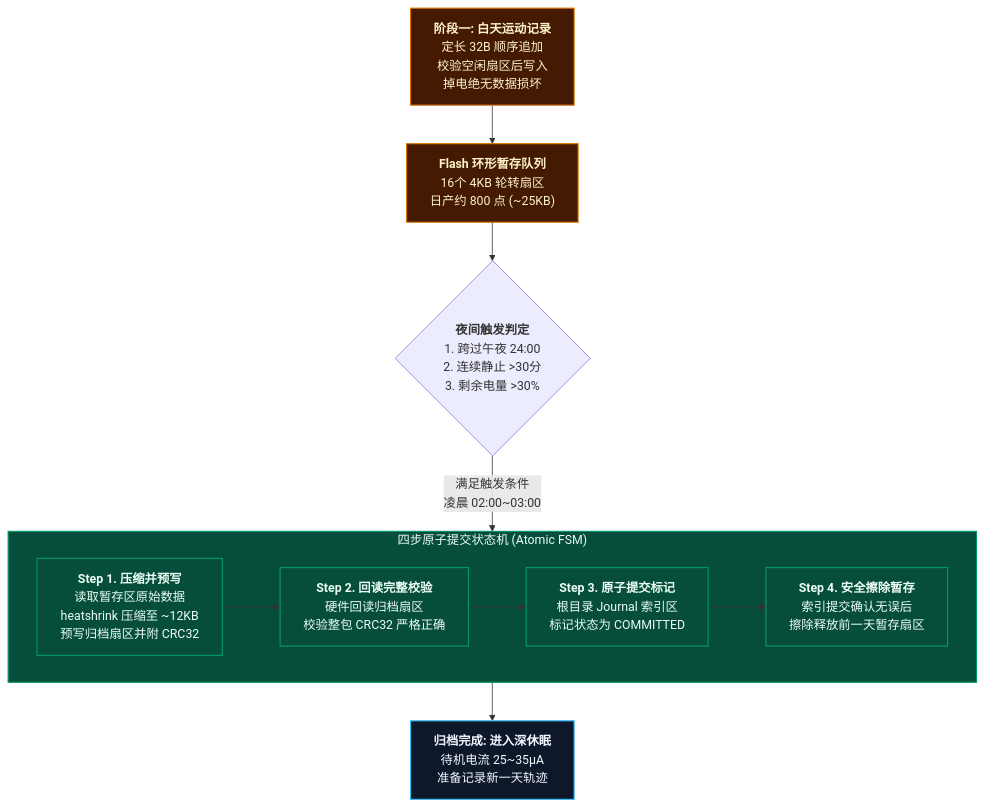
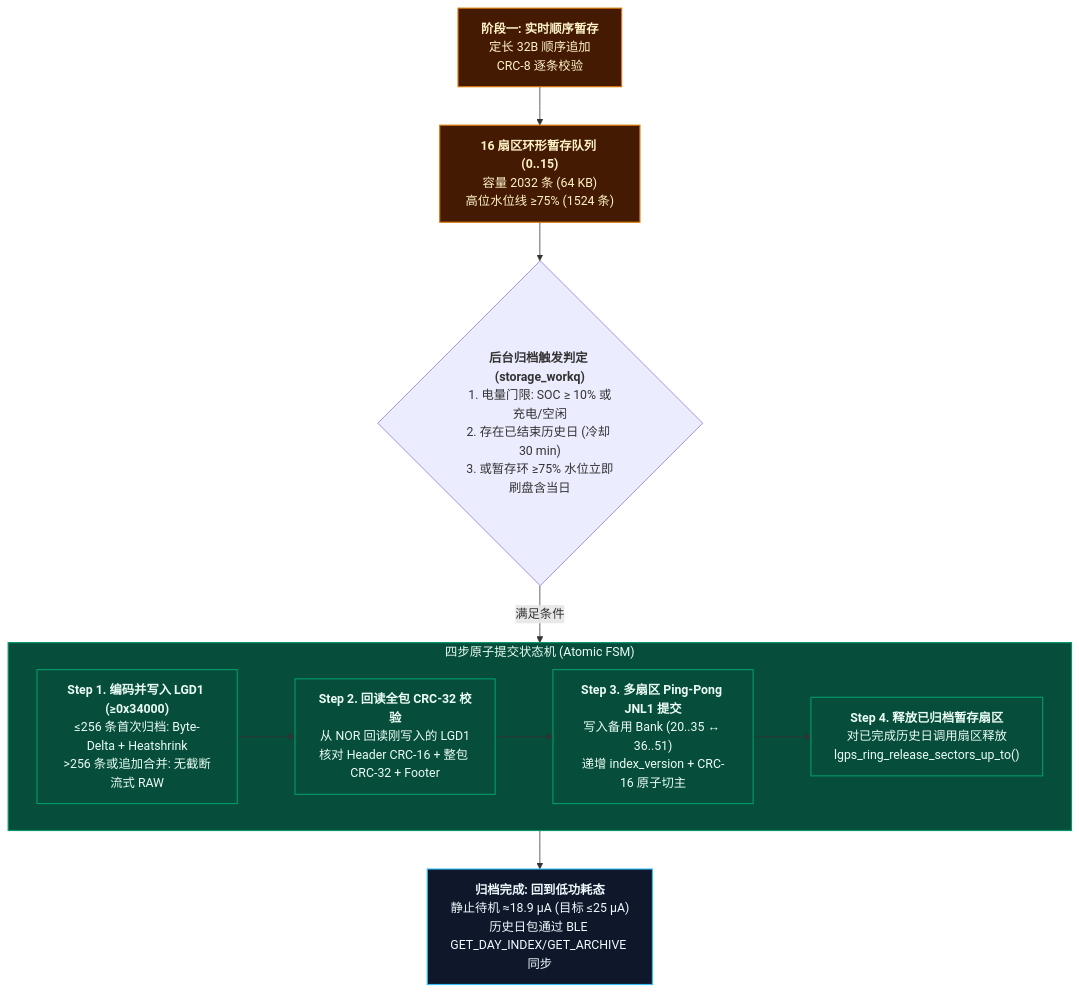
The sixth of 6 diagrams in README.md (suntyrael/Life_GPS), drawn with Mermaid before and after one commit. The commit also changed other lines of this file and 31 other files, not shown here.

````diff
--- a/README.md
+++ b/README.md
@@ -914,22 +906,22 @@
 ```mermaid
 flowchart TD
     classDef hdr fill:#0f172a,stroke:#38bdf8,stroke-width:1.5px,color:#f0f9ff;
     classDef stage fill:#451a03,stroke:#d97706,stroke-width:1.5px,color:#fef3c7;
     classDef arch fill:#064e3b,stroke:#059669,stroke-width:1.5px,color:#ecfdf5;
 
-    SUB1["<b>阶段一: 白天运动记录</b><br/>定长 32B 顺序追加<br/>校验空闲扇区后写入<br/>掉电绝无数据损坏"]:::stage --> BUF["<b>Flash 环形暂存队列</b><br/>16个 4KB 轮转扇区<br/>日产约 800 点 (~25KB)"]:::stage
+    SUB1["<b>阶段一: 实时顺序暂存</b><br/>定长 32B 顺序追加<br/>CRC-8 逐条校验"]:::stage --> BUF["<b>16 扇区环形暂存队列 (0..15)</b><br/>容量 2032 条 (64 KB)<br/>高位水位线 ≥75% (1524 条)"]:::stage
 
-    BUF --> TRIG{"<b>夜间触发判定</b><br/>1. 跨过午夜 24:00<br/>2. 连续静止 &gt;30分<br/>3. 剩余电量 &gt;30%"}
+    BUF --> TRIG{"<b>后台归档触发判定 (storage_workq)</b><br/>1. 电量门限: SOC ≥ 10% 或充电/空闲<br/>2. 存在已结束历史日 (冷却 30 min)<br/>3. 或暂存环 ≥75% 水位立即刷盘含当日"}
 
-    TRIG -->|"满足触发条件<br/>凌晨 02:00~03:00"| ARCH_PROCESS["【阶段二：夜间原子归档事务】"]:::arch
+    TRIG -->|"满足条件"| ARCH_PROCESS["【阶段二：四步原子归档事务】"]:::arch
 
     subgraph ARCH_PROCESS ["四步原子提交状态机 (Atomic FSM)"]
-        S1["<b>Step 1. 压缩并预写</b><br/>读取暂存区原始数据<br/>heatshrink 压缩至 ~12KB<br/>预写归档扇区并附 CRC32"]:::arch
-        S2["<b>Step 2. 回读完整校验</b><br/>硬件回读归档扇区<br/>校验整包 CRC32 严格正确"]:::arch
-        S3["<b>Step 3. 原子提交标记</b><br/>根目录 Journal 索引区<br/>标记状态为 COMMITTED"]:::arch
-        S4["<b>Step 4. 安全擦除暂存</b><br/>索引提交确认无误后<br/>擦除释放前一天暂存扇区"]:::arch
+        S1["<b>Step 1. 编码并写入 LGD1 (≥0x34000)</b><br/>≤256 条首次归档: Byte-Delta + Heatshrink<br/>&gt;256 条或追加合并: 无截断流式 RAW"]:::arch
+        S2["<b>Step 2. 回读全包 CRC-32 校验</b><br/>从 NOR 回读刚写入的 LGD1<br/>核对 Header CRC-16 + 整包 CRC-32 + Footer"]:::arch
+        S3["<b>Step 3. 多扇区 Ping-Pong JNL1 提交</b><br/>写入备用 Bank (20..35 ↔ 36..51)<br/>递增 index_version + CRC-16 原子切主"]:::arch
+        S4["<b>Step 4. 释放已归档暂存扇区</b><br/>对已完成历史日调用扇区释放<br/>lgps_ring_release_sectors_up_to()"]:::arch
         S1 --> S2 --> S3 --> S4
     end
 
-    ARCH_PROCESS --> COMPLETED["<b>归档完成: 进入深休眠</b><br/>待机电流 25~35µA<br/>准备记录新一天轨迹"]:::hdr
+    ARCH_PROCESS --> COMPLETED["<b>归档完成: 回到低功耗态</b><br/>静止待机 ≈18.9 µA (目标 ≤25 µA)<br/>历史日包通过 BLE GET_DAY_INDEX/GET_ARCHIVE 同步"]:::hdr
 ```
````
